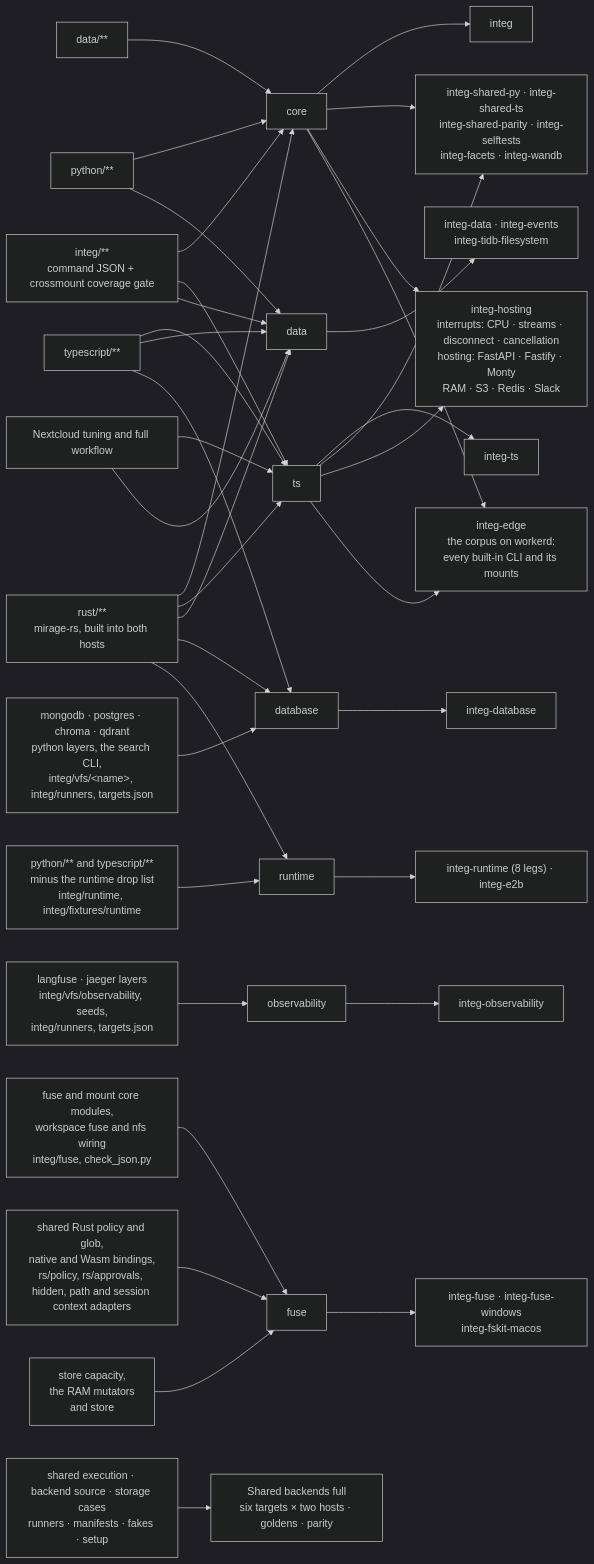
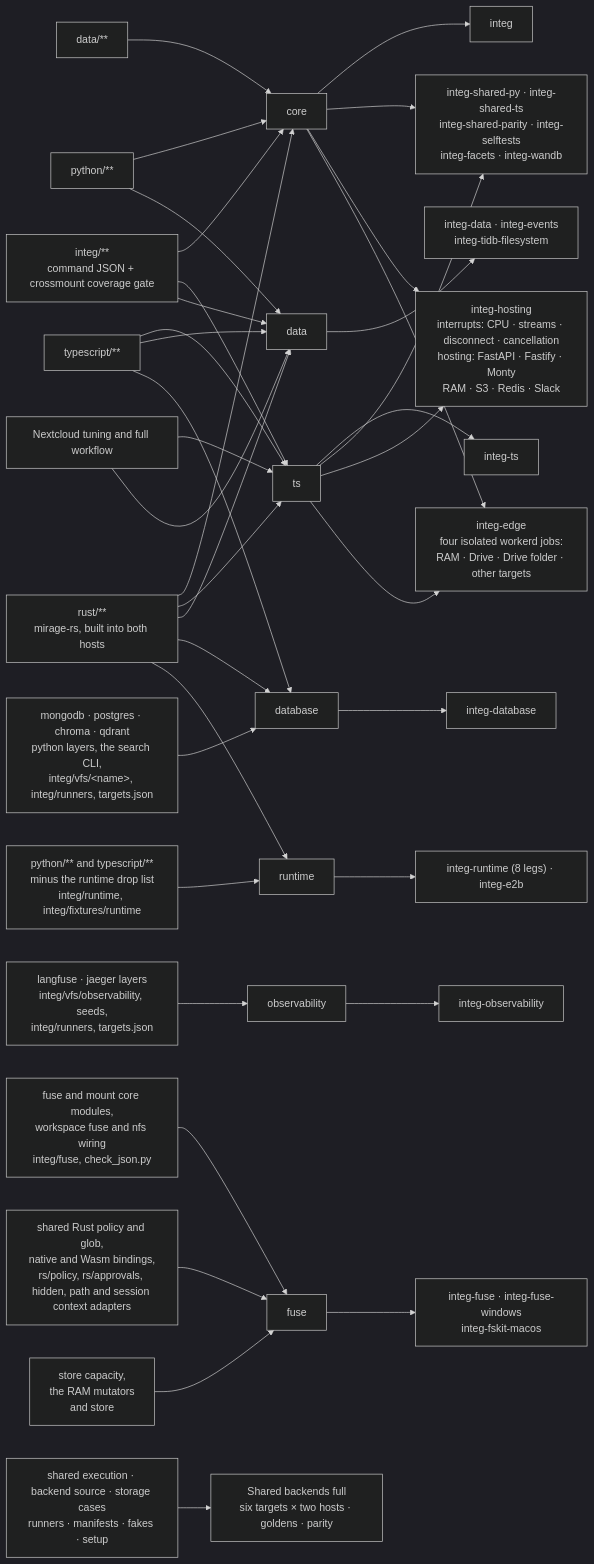
One commit to strukto-ai/mirage changed the diagram in integ/README.md. Above: the diagram before and after it, drawn with Mermaid (dark theme). The commit also changed other lines of this file and 4 other files, not shown here.

Commit message:
test(integ): split edge and runtime jobs and rebalance shared shards

````diff
--- a/integ/README.md
+++ b/integ/README.md
@@ -386,26 +393,26 @@
 ```mermaid
 flowchart LR
     PY["python/**"] --> core & data
     TSX["typescript/**"] --> ts & data & database
     IN["integ/**<br/>command JSON + crossmount coverage gate"] --> core & ts & data
     D["data/**"] --> core
     RS["rust/**<br/>mirage-rs, built into both hosts"] --> core & ts & data & database & runtime
     DB["mongodb · postgres · chroma · qdrant<br/>python layers, the search CLI,<br/>integ/vfs/&lt;name&gt;, integ/runners, targets.json"] --> database
     OB["langfuse · jaeger layers<br/>integ/vfs/observability, seeds,<br/>integ/runners, targets.json"] --> observability
     FS["fuse and mount core modules,<br/>workspace fuse and nfs wiring<br/>integ/fuse, check_json.py"] --> fuse
     FP["shared Rust policy and glob,<br/>native and Wasm bindings,<br/>rs/policy, rs/approvals, hidden, path and session context adapters"] --> fuse
     CA["store capacity,<br/>the RAM mutators<br/>and store"] --> fuse
     RT["python/** and typescript/**<br/>minus the runtime drop list<br/>integ/runtime, integ/fixtures/runtime"] --> runtime
     core --> J1["integ"]
     ts --> J2["integ-ts"]
     core & ts --> J3["integ-shared-py · integ-shared-ts<br/>integ-shared-parity · integ-selftests<br/>integ-facets · integ-wandb"]
     core & ts --> HOST["integ-hosting<br/>interrupts: CPU · streams · disconnect · cancellation<br/>hosting: FastAPI · Fastify · Monty<br/>RAM · S3 · Redis · Slack"]
-    core & ts --> EDGE["integ-edge<br/>the corpus on workerd:<br/>every built-in CLI and its mounts"]
+    core & ts --> EDGE["integ-edge<br/>four isolated workerd jobs:<br/>RAM · Drive · Drive folder · other targets"]
     NC["Nextcloud tuning and full workflow"] --> ts & data
     SF["shared execution · backend source · storage cases<br/>runners · manifests · fakes · setup"] --> FULL["Shared backends full<br/>six targets × two hosts · goldens · parity"]
     data --> J4["integ-data · integ-events<br/>integ-tidb-filesystem"]
     database --> J5["integ-database"]
     observability --> J6["integ-observability"]
     fuse --> J7["integ-fuse · integ-fuse-windows<br/>integ-fskit-macos"]
     runtime --> J8["integ-runtime (8 legs) · integ-e2b"]
 ```
````
